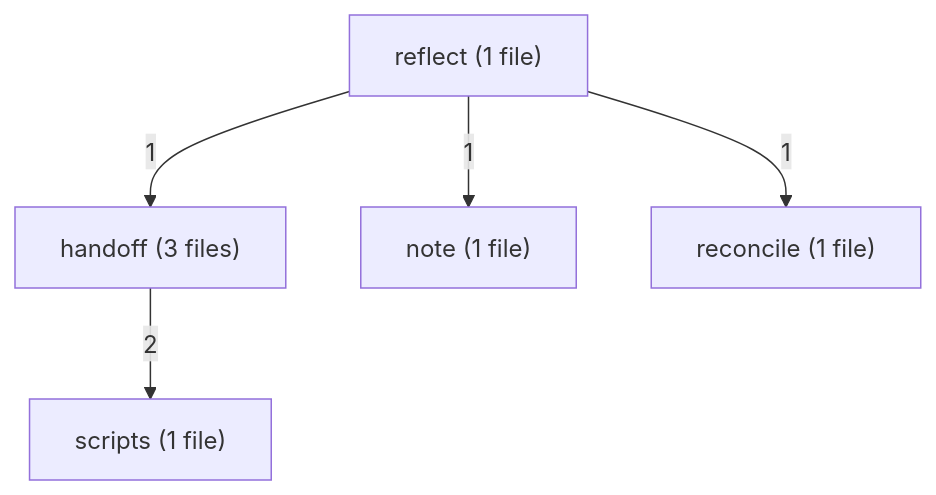
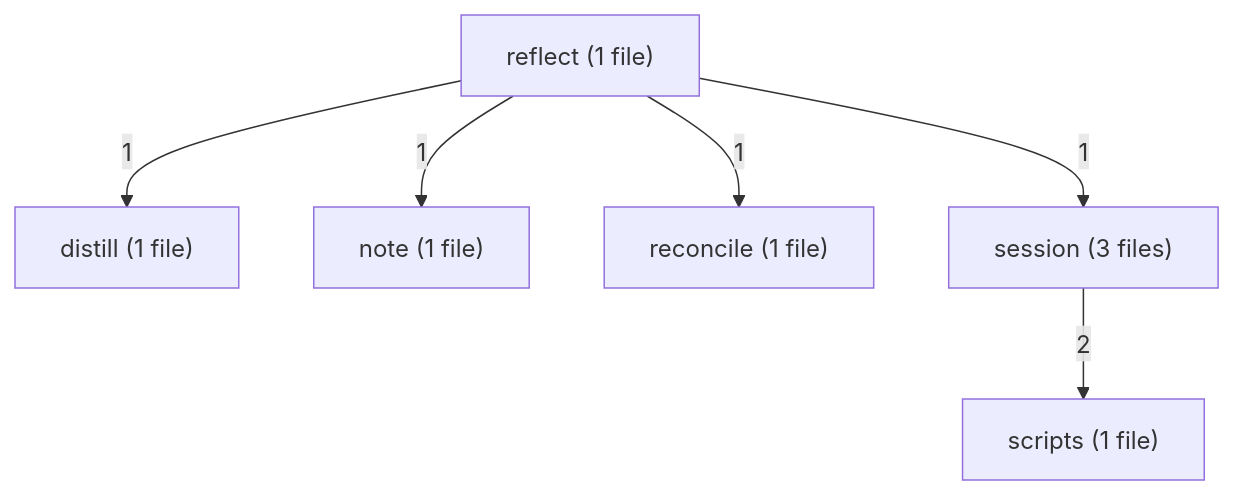
One commit to alecegg/varde changed the first of 7 diagrams in skills/varde-knowledge/FLOW.md. Above: the diagram before and after it, drawn with Mermaid. The commit also changed other lines of this file and 1293 other files, not shown here.

````diff
--- a/skills/varde-knowledge/FLOW.md
+++ b/skills/varde-knowledge/FLOW.md
@@ -23,12 +24,14 @@
 ```mermaid
 flowchart TD
-  m0["handoff (3 files)"]
+  m0["distill (1 file)"]
   m1["note (1 file)"]
   m2["reconcile (1 file)"]
   m3["reflect (1 file)"]
   m4["scripts (1 file)"]
-  m0 -->|"2"| m4
+  m5["session (3 files)"]
   m3 -->|"1"| m0
   m3 -->|"1"| m1
   m3 -->|"1"| m2
+  m3 -->|"1"| m5
+  m5 -->|"2"| m4
 ```
````
